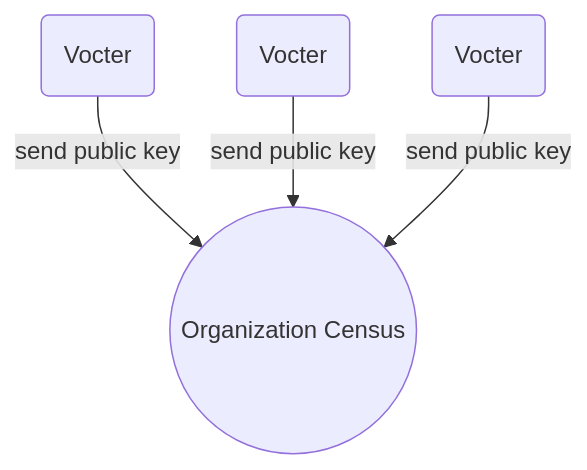
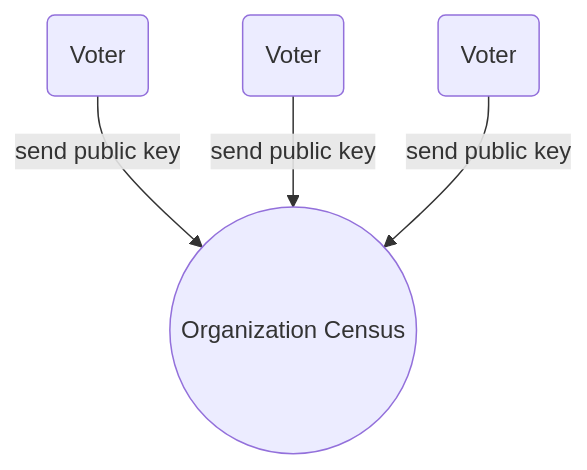
Before and after one commit to vocdoni/docs: the first of 2 diagrams in docs/protocol/franchise-proof.md, drawn with Mermaid. The commit also changed other lines of this file, not shown here.

````diff
--- a/docs/protocol/franchise-proof.md
+++ b/docs/protocol/franchise-proof.md
@@ -78,7 +80,7 @@
 ```mermaid
 graph TD;
 C((Organization Census))
-V1(Vocter)-- send public key -->C
-V2(Vocter)-- send public key -->C
-V3(Vocter)-- send public key -->C
+V1(Voter)-- send public key -->C
+V2(Voter)-- send public key -->C
+V3(Voter)-- send public key -->C
 ```
````
